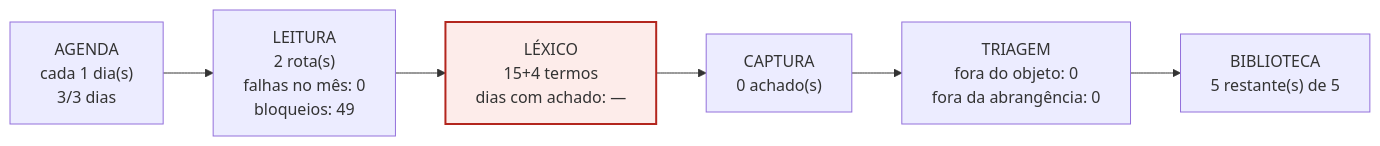
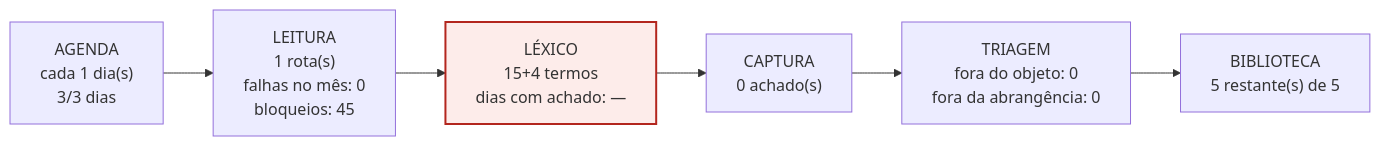
Diagram 25 of 30 in biblioteca_alexandria/pareceres/RELATORIO-MOTORES-INDIVIDUAL-2026-09-24.md (amcjardimamerica-arch/Eldorado), drawn with Mermaid before and after one commit. The commit also changed other lines of this file and 10 other files, not shown here.

````diff
--- a/biblioteca_alexandria/pareceres/RELATORIO-MOTORES-INDIVIDUAL-2026-09-24.md
+++ b/biblioteca_alexandria/pareceres/RELATORIO-MOTORES-INDIVIDUAL-2026-09-24.md
@@ -941,11 +941,11 @@
 ```mermaid
 flowchart LR
   A["AGENDA<br/>cada 1 dia(s)<br/>3/3 dias"]
-  L["LEITURA<br/>2 rota(s)<br/>falhas no mês: 0<br/>bloqueios: 49"]
+  L["LEITURA<br/>1 rota(s)<br/>falhas no mês: 0<br/>bloqueios: 45"]
   X["LÉXICO<br/>15+4 termos<br/>dias com achado: —"]
   C["CAPTURA<br/>0 achado(s)"]
   T["TRIAGEM<br/>fora do objeto: 0<br/>fora da abrangência: 0"]
   B["BIBLIOTECA<br/>5 restante(s) de 5"]
   A --> L --> X --> C --> T --> B
   style X fill:#FDECEA,stroke:#B3261E,stroke-width:2px
 ```
````
